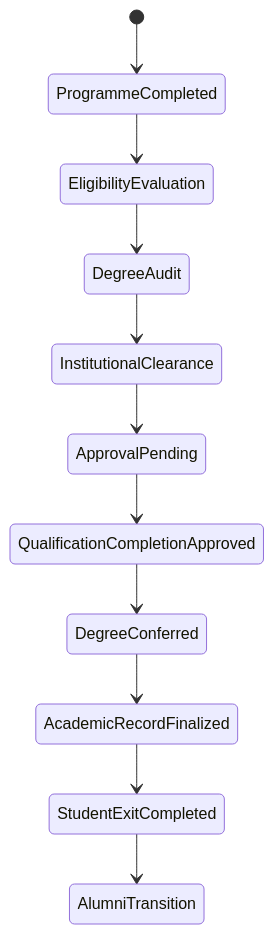
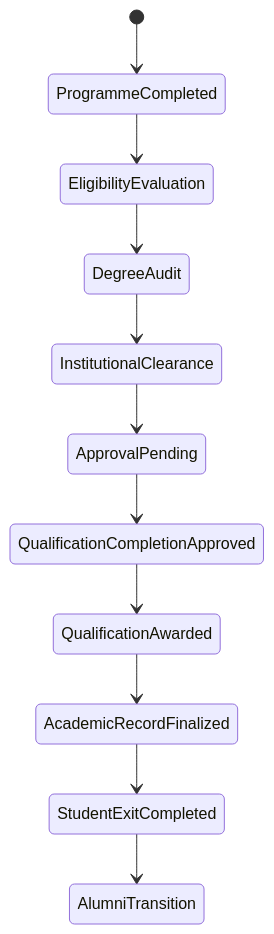
One commit to Varad1604/ERP_hark changed the fourth of 16 diagrams in architecture/L2_Domain_Workflow_Architecture/section-c/L2-C05_Qualification_Completion_and_Student_Exit_Workflows.md. Above: the diagram before and after it, drawn with Mermaid. The commit also changed other lines of this file and 39 other files, not shown here.

````diff
--- a/architecture/L2_Domain_Workflow_Architecture/section-c/L2-C05_Qualification_Completion_and_Student_Exit_Workflows.md
+++ b/architecture/L2_Domain_Workflow_Architecture/section-c/L2-C05_Qualification_Completion_and_Student_Exit_Workflows.md
@@ -3362,15 +3422,15 @@
 ```mermaid
 stateDiagram-v2
 
 [*] --> ProgrammeCompleted
 
 ProgrammeCompleted --> EligibilityEvaluation
 EligibilityEvaluation --> DegreeAudit
 DegreeAudit --> InstitutionalClearance
 InstitutionalClearance --> ApprovalPending
 ApprovalPending --> QualificationCompletionApproved
-QualificationCompletionApproved --> DegreeConferred
-DegreeConferred --> AcademicRecordFinalized
+QualificationCompletionApproved --> QualificationAwarded
+QualificationAwarded --> AcademicRecordFinalized
 AcademicRecordFinalized --> StudentExitCompleted
 StudentExitCompleted --> AlumniTransition
 ```
````
